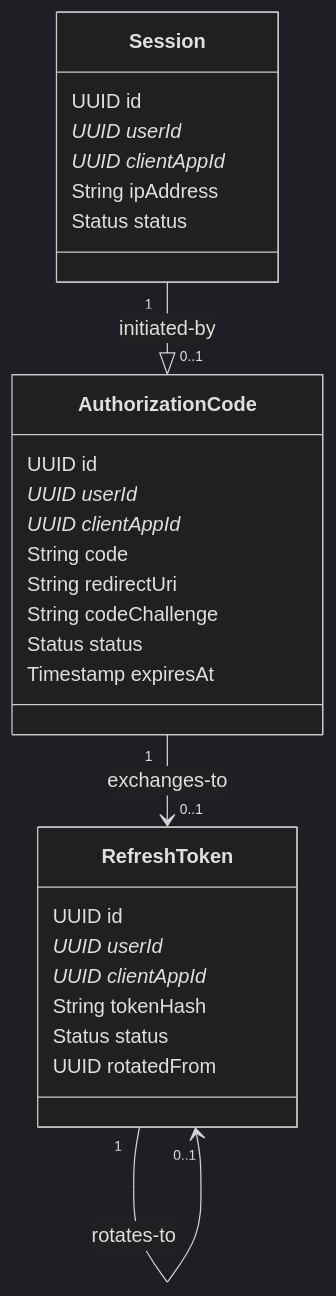
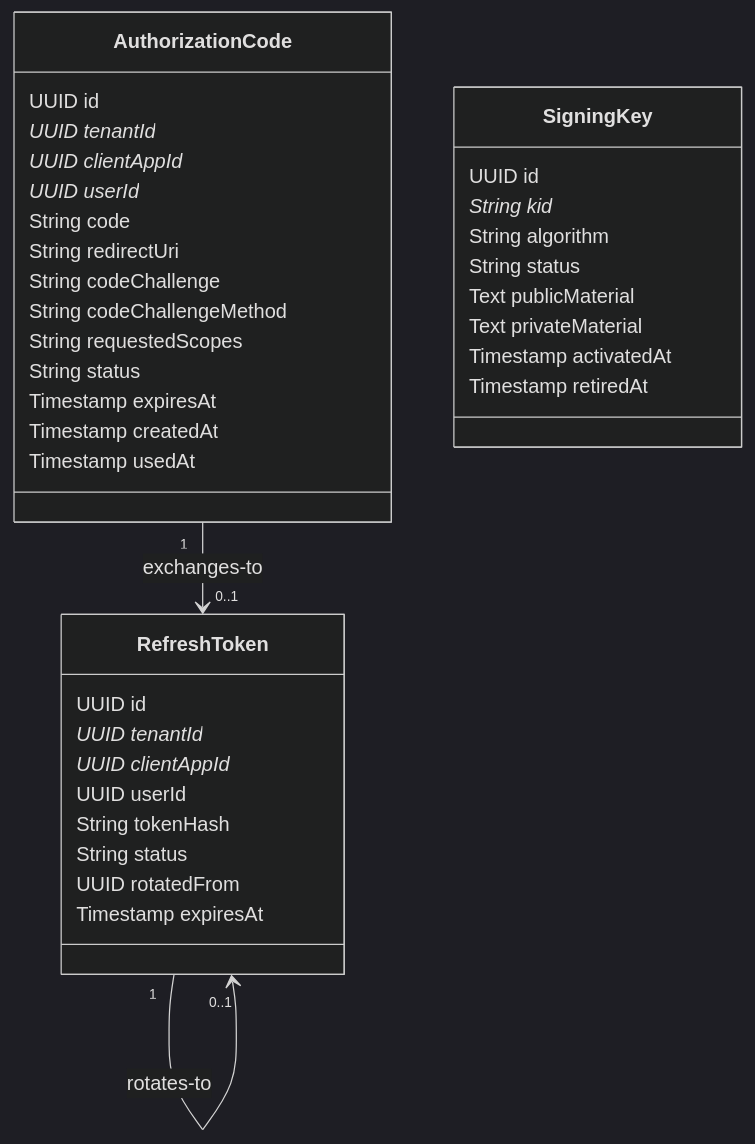
One commit to cmartinezs/keygo-server changed the fourth of 13 diagrams in docs/keygo-server/ENTITY_RELATIONSHIPS.md. Above: the diagram before and after it, drawn with Mermaid (dark theme). The commit also changed other lines of this file and 55 other files, not shown here.

````diff
--- a/docs/keygo-server/ENTITY_RELATIONSHIPS.md
+++ b/docs/keygo-server/ENTITY_RELATIONSHIPS.md
@@ -147,34 +162,43 @@
 ```mermaid
 classDiagram
     class AuthorizationCode {
         UUID id
+        UUID tenantId*
+        UUID clientAppId*
         UUID userId*
-        UUID clientAppId*
         String code
         String redirectUri
         String codeChallenge
-        Status status
+        String codeChallengeMethod
+        String requestedScopes
+        String status
         Timestamp expiresAt
+        Timestamp createdAt
+        Timestamp usedAt
+    }
+
+    class SigningKey {
+        UUID id
+        String kid*
+        String algorithm
+        String status
+        Text publicMaterial
+        Text privateMaterial
+        Timestamp activatedAt
+        Timestamp retiredAt
     }
 
     class RefreshToken {
         UUID id
-        UUID userId*
+        UUID tenantId*
         UUID clientAppId*
+        UUID userId
         String tokenHash
-        Status status
+        String status
         UUID rotatedFrom
-    }
-
-    class Session {
-        UUID id
-        UUID userId*
-        UUID clientAppId*
-        String ipAddress
-        Status status
+        Timestamp expiresAt
     }
 
     AuthorizationCode "1" --> "0..1" RefreshToken : exchanges-to
     RefreshToken "1" --> "0..1" RefreshToken : rotates-to
-    Session "1" --|> "0..1" AuthorizationCode : initiated-by
 ```
````
